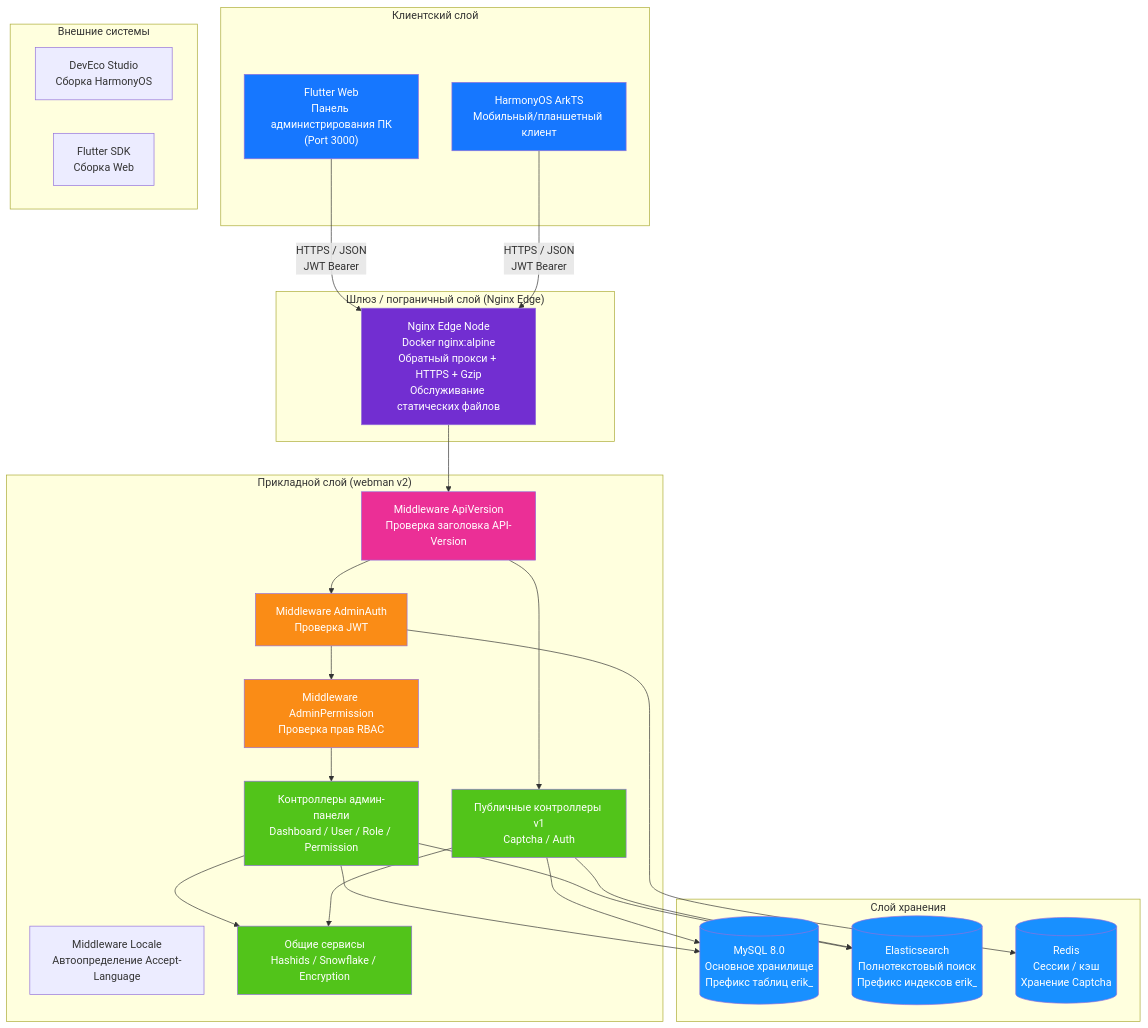
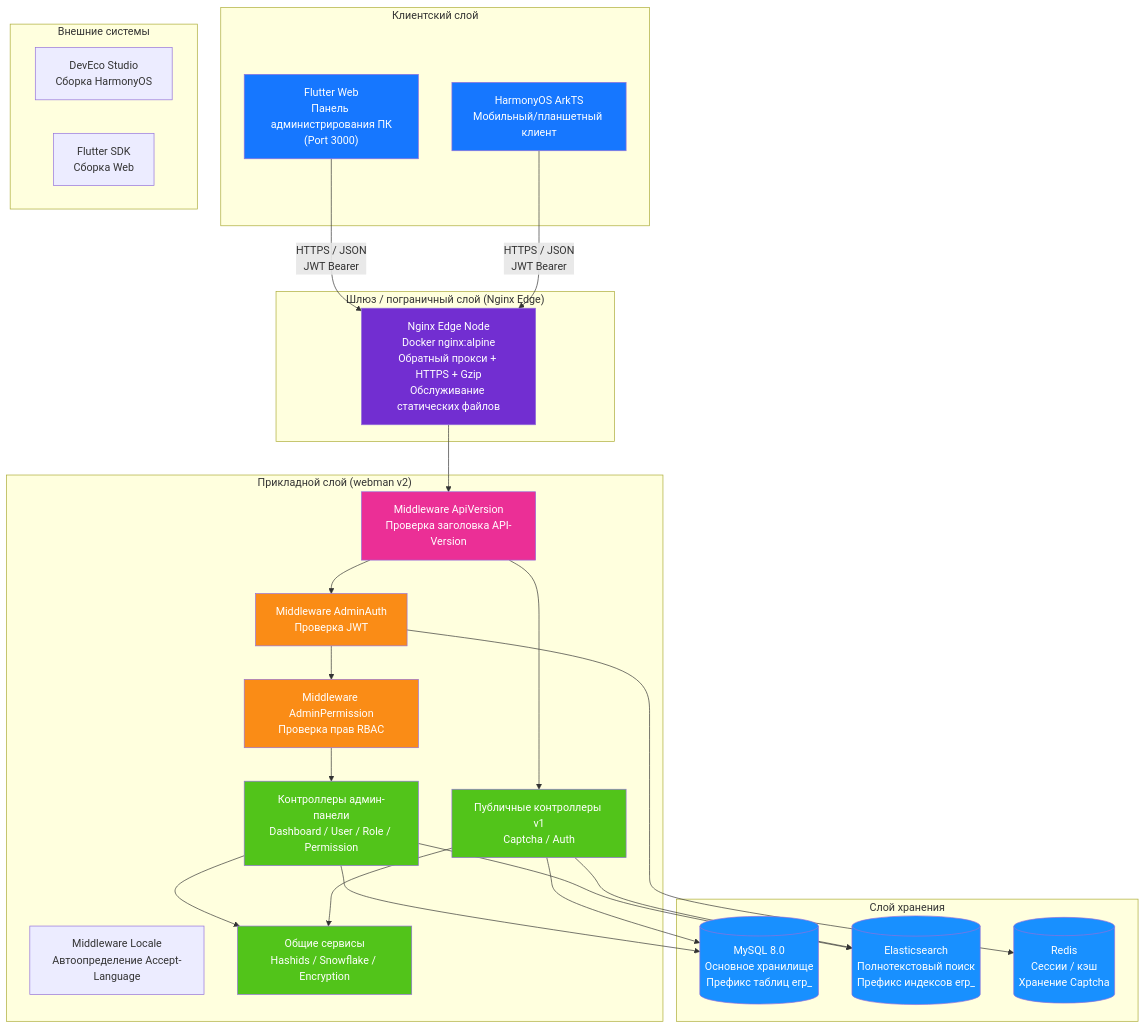
Before and after one commit to erikwang2013/erp-php: the first of 20 diagrams in docs/i18n/ru/ARCHITECTURE.md, drawn with Mermaid. The commit also changed other lines of this file and 449 other files, not shown here.

First line of the commit message:
全局命名统一：数据库 erp、表前缀 erp_、Redis 前缀 erp:（原 erik_/open_admin）

````diff
--- a/docs/i18n/ru/ARCHITECTURE.md
+++ b/docs/i18n/ru/ARCHITECTURE.md
@@ -11,60 +11,60 @@
 ```mermaid
 flowchart TB
     subgraph "Клиентский слой"
         A1["Flutter Web<br/>Панель администрирования ПК<br/>(Port 3000)"]
         A2["HarmonyOS ArkTS<br/>Мобильный/планшетный клиент"]
     end
 
     subgraph "Шлюз / пограничный слой (Nginx Edge)"
         B1["Nginx Edge Node<br/>Docker nginx:alpine<br/>Обратный прокси + HTTPS + Gzip<br/>Обслуживание статических файлов"]
     end
 
     subgraph "Прикладной слой (webman v2)"
         C_LOC["Middleware Locale<br/>Автоопределение Accept-Language"]
         C0["Middleware ApiVersion<br/>Проверка заголовка API-Version"]
         C1["Middleware AdminAuth<br/>Проверка JWT"]
         C2["Middleware AdminPermission<br/>Проверка прав RBAC"]
         C3["Контроллеры админ-панели<br/>Dashboard / User / Role / Permission"]
         C4["Публичные контроллеры v1<br/>Captcha / Auth"]
         C5["Общие сервисы<br/>Hashids / Snowflake / Encryption"]
     end
 
     subgraph "Слой хранения"
-        D1[("MySQL 8.0<br/>Основное хранилище<br/>Префикс таблиц erik_")]
-        D2[("Elasticsearch<br/>Полнотекстовый поиск<br/>Префикс индексов erik_")]
+        D1[("MySQL 8.0<br/>Основное хранилище<br/>Префикс таблиц erp_")]
+        D2[("Elasticsearch<br/>Полнотекстовый поиск<br/>Префикс индексов erp_")]
         D3[("Redis<br/>Сессии / кэш<br/>Хранение Captcha")]
     end
 
     subgraph "Внешние системы"
         E1["DevEco Studio<br/>Сборка HarmonyOS"]
         E2["Flutter SDK<br/>Сборка Web"]
     end
 
     A1 -->|"HTTPS / JSON<br/>JWT Bearer"| B1
     A2 -->|"HTTPS / JSON<br/>JWT Bearer"| B1
     B1 --> C0
     C0 --> C1
     C1 --> C2
     C2 --> C3
     C0 --> C4
     C3 --> C5
     C4 --> C5
     C3 --> D1
     C4 --> D1
     C3 --> D2
     C4 --> D2
     C1 --> D3
 
     style A1 fill:#1677FF,color:#fff
     style A2 fill:#1677FF,color:#fff
     style B1 fill:#722ED1,color:#fff
     style C0 fill:#EB2F96,color:#fff
     style C1 fill:#FA8C16,color:#fff
     style C2 fill:#FA8C16,color:#fff
     style C3 fill:#52C41A,color:#fff
     style C4 fill:#52C41A,color:#fff
     style C5 fill:#52C41A,color:#fff
     style D1 fill:#1890FF,color:#fff
     style D2 fill:#1890FF,color:#fff
     style D3 fill:#1890FF,color:#fff
 ```
````
